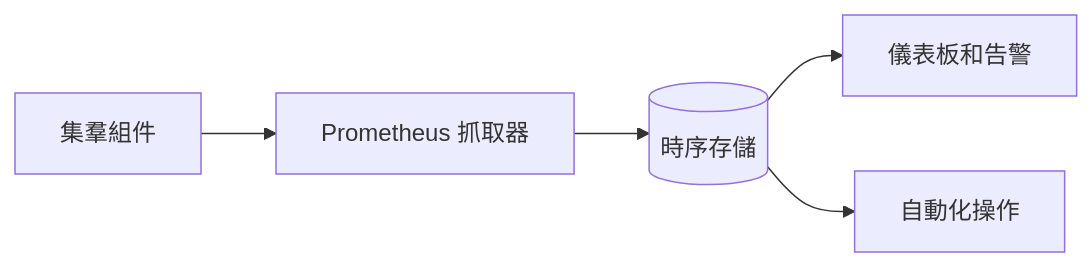
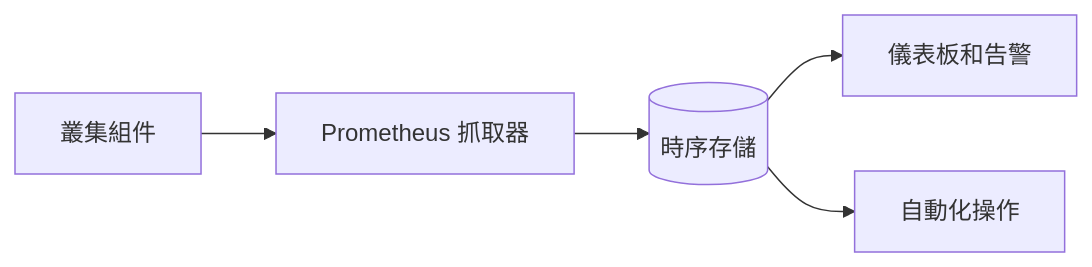
One commit to kubernetes/website changed the second of 4 diagrams in content/zh-tw/docs/concepts/cluster-administration/observability.md. Above: the diagram before and after it, drawn with Mermaid. The commit also changed other lines of this file and 1351 other files, not shown here.

```diff
--- a/content/zh-tw/docs/concepts/cluster-administration/observability.md
+++ b/content/zh-tw/docs/concepts/cluster-administration/observability.md
@@ -121,7 +121,7 @@
 {{< mermaid >}}
 flowchart LR
-    C[集羣組件] --> P[Prometheus 抓取器]
+    C[叢集組件] --> P[Prometheus 抓取器]
     P --> TS[(時序存儲)]
     TS --> D[儀表板和告警]
     TS --> A[自動化操作]
 {{< /mermaid >}}
```
